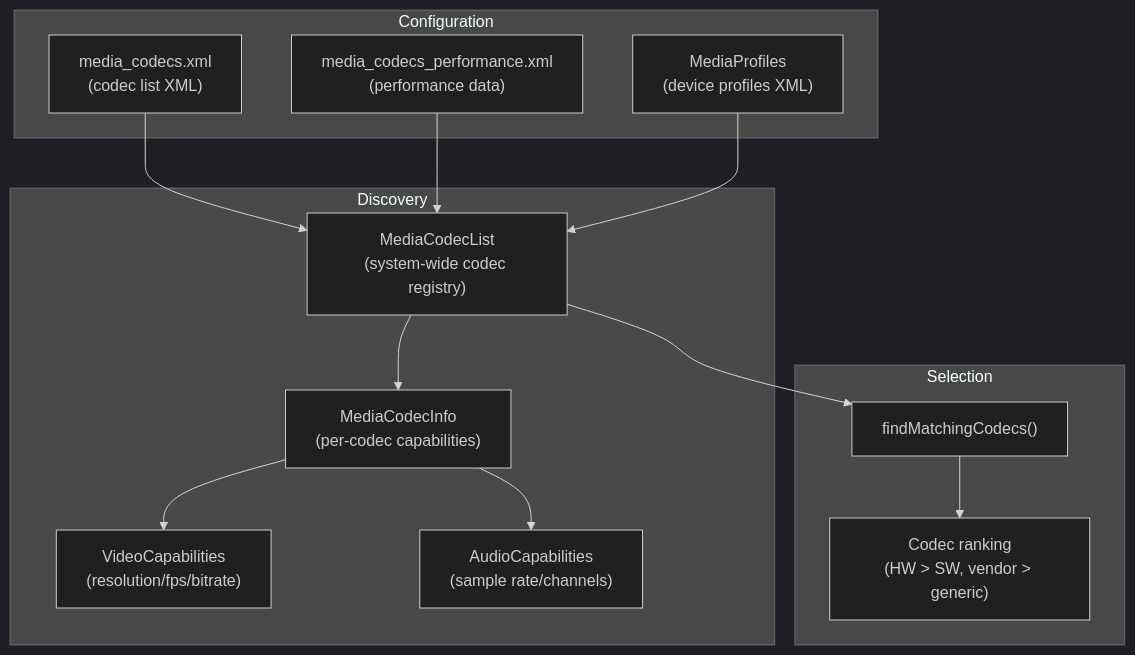
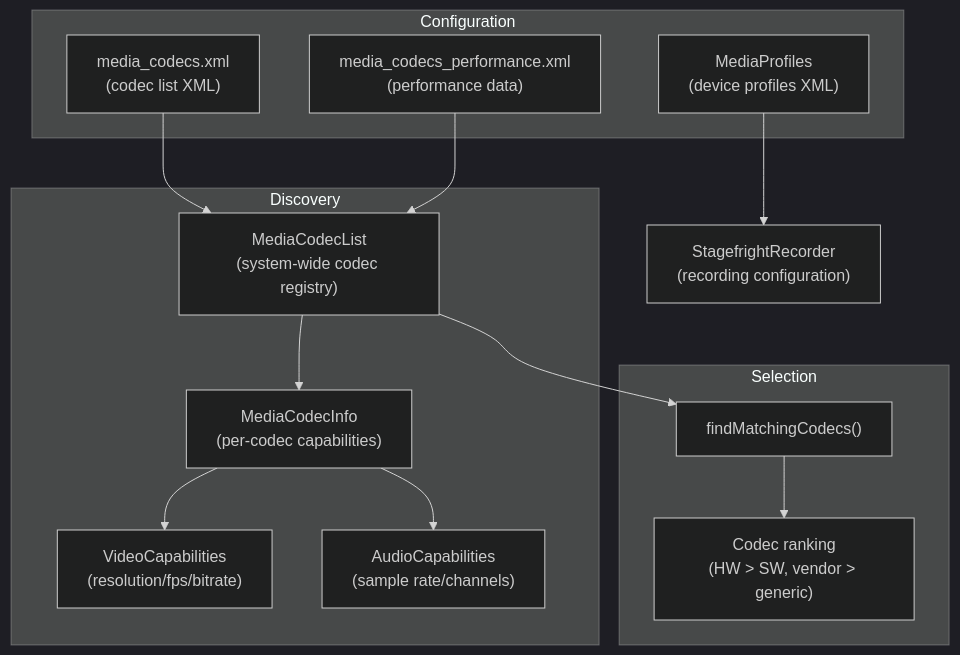
One commit to aospbooks/aosp-internal-book changed diagram 17 of 34 in 16-media-and-camera.md. Above: the diagram before and after it, drawn with Mermaid (dark theme). The commit also changed other lines of this file and 218 other files, not shown here.

````diff
--- a/16-media-and-camera.md
+++ b/16-media-and-camera.md
@@ -2622,29 +2652,29 @@
 ```mermaid
 graph TD
     subgraph "Discovery"
         MCL["MediaCodecList<br/>(system-wide codec registry)"]
         MCI["MediaCodecInfo<br/>(per-codec capabilities)"]
         VC["VideoCapabilities<br/>(resolution/fps/bitrate)"]
         AC["AudioCapabilities<br/>(sample rate/channels)"]
     end
 
     subgraph "Configuration"
         MP["MediaProfiles<br/>(device profiles XML)"]
         MC2["media_codecs.xml<br/>(codec list XML)"]
         MC2P["media_codecs_performance.xml<br/>(performance data)"]
     end
 
     subgraph "Selection"
         FMC["findMatchingCodecs()"]
         Rank["Codec ranking<br/>(HW > SW, vendor > generic)"]
     end
 
     MC2 --> MCL
     MC2P --> MCL
     MCL --> MCI
     MCI --> VC
     MCI --> AC
-    MP --> MCL
+    MP --> SR["StagefrightRecorder<br/>(recording configuration)"]
     MCL --> FMC
     FMC --> Rank
 ```
````
